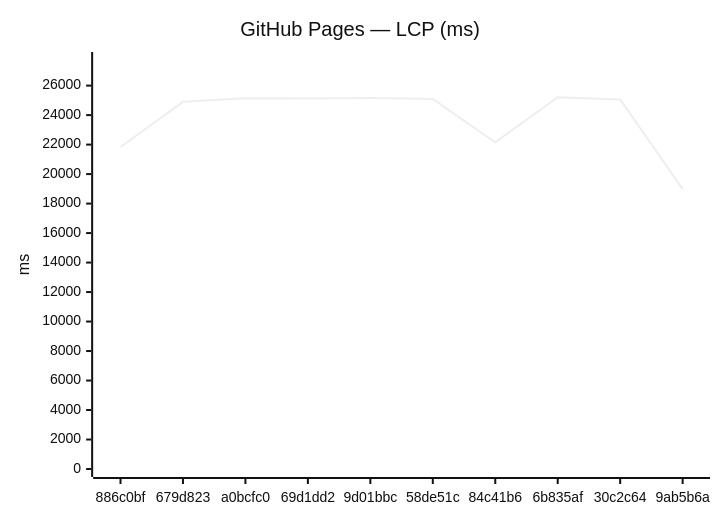
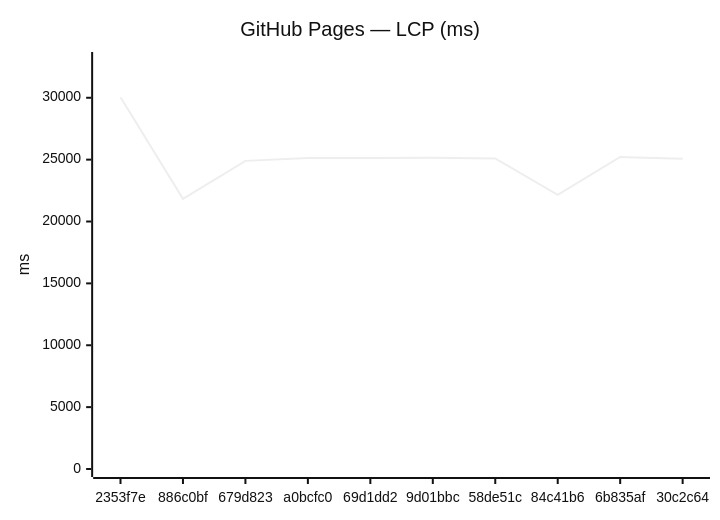
One commit to Metaheurist/Rianell changed the third of 12 diagrams in benchmarks/compare.md. Above: the diagram before and after it, drawn with Mermaid (neutral theme). The commit also changed other lines of this file and 8 other files, not shown here.

````diff
--- a/benchmarks/compare.md
+++ b/benchmarks/compare.md
@@ -54,7 +54,7 @@
 ```mermaid
 xychart-beta
     title "GitHub Pages — LCP (ms)"
-    x-axis ["886c0bf", "679d823", "a0bcfc0", "69d1dd2", "9d01bbc", "58de51c", "84c41b6", "6b835af", "30c2c64", "9ab5b6a"]
-    y-axis "ms" 0 --> 27737
-    line [21835, 24900, 25139, 25124, 25162, 25092, 22152, 25215, 25064, 18985]
+    x-axis ["2353f7e", "886c0bf", "679d823", "a0bcfc0", "69d1dd2", "9d01bbc", "58de51c", "84c41b6", "6b835af", "30c2c64"]
+    y-axis "ms" 0 --> 33052
+    line [30047, 21835, 24900, 25139, 25124, 25162, 25092, 22152, 25215, 25064]
 ```
````
